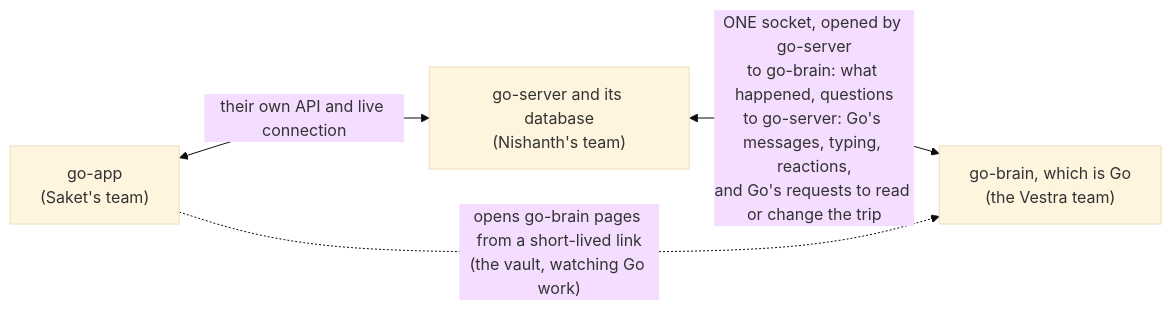
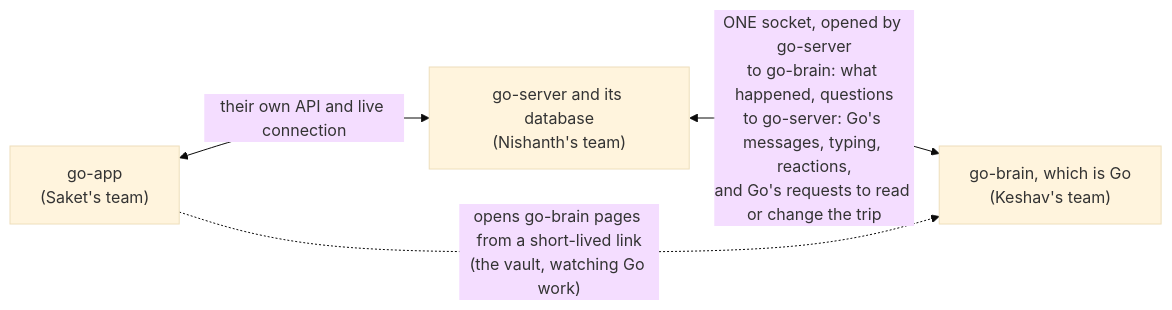
One commit to vestra-ai/go-brain changed the diagram in docs/guide/README.md. Above: the diagram before and after it, drawn with Mermaid (base theme). The commit also changed other lines of this file and 5 other files, not shown here.

First line of the commit message:
docs(guide): Go's setup for a new trip, team names, and one first version

````diff
--- a/docs/guide/README.md
+++ b/docs/guide/README.md
@@ -21,6 +23,6 @@
 ```mermaid
 flowchart LR
   app["go-app<br/>(Saket's team)"] <-- "their own API and live connection" --> server["go-server and its database<br/>(Nishanth's team)"]
-  server <-- "ONE socket, opened by go-server<br/>to go-brain: what happened, questions<br/>to go-server: Go's messages, typing, reactions,<br/>and Go's requests to read or change the trip" --> brain["go-brain, which is Go<br/>(the Vestra team)"]
+  server <-- "ONE socket, opened by go-server<br/>to go-brain: what happened, questions<br/>to go-server: Go's messages, typing, reactions,<br/>and Go's requests to read or change the trip" --> brain["go-brain, which is Go<br/>(Keshav's team)"]
   app -. "opens go-brain pages from a short-lived link<br/>(the vault, watching Go work)" .-> brain
 ```
````
